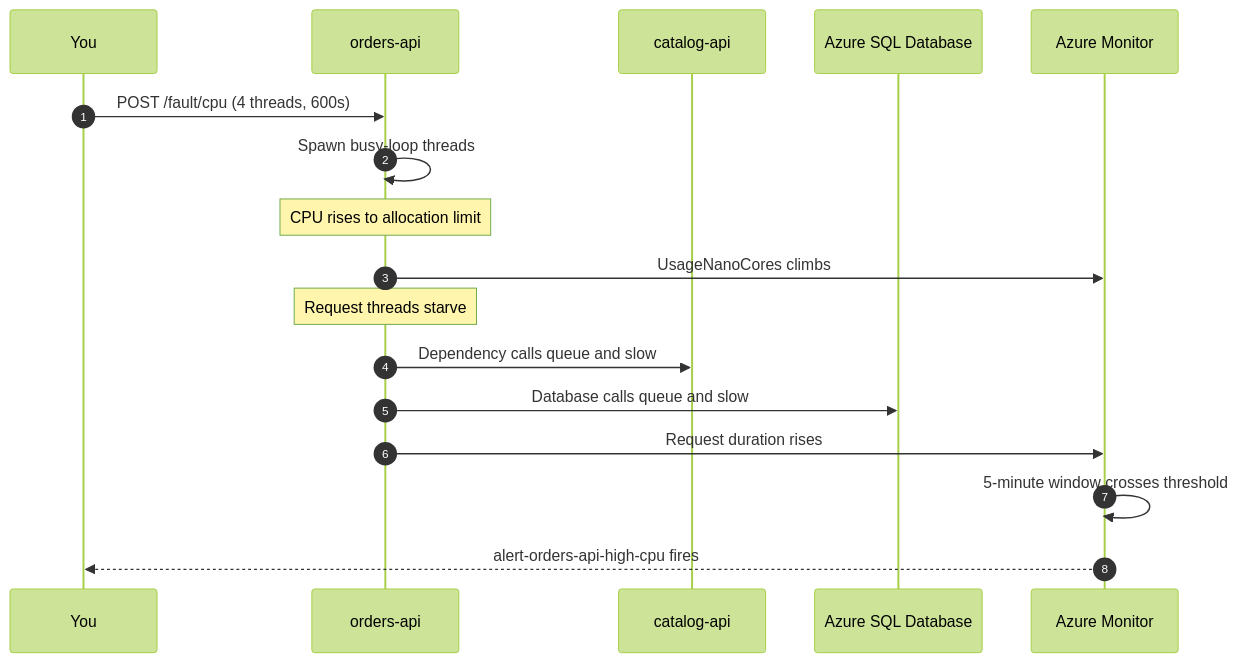
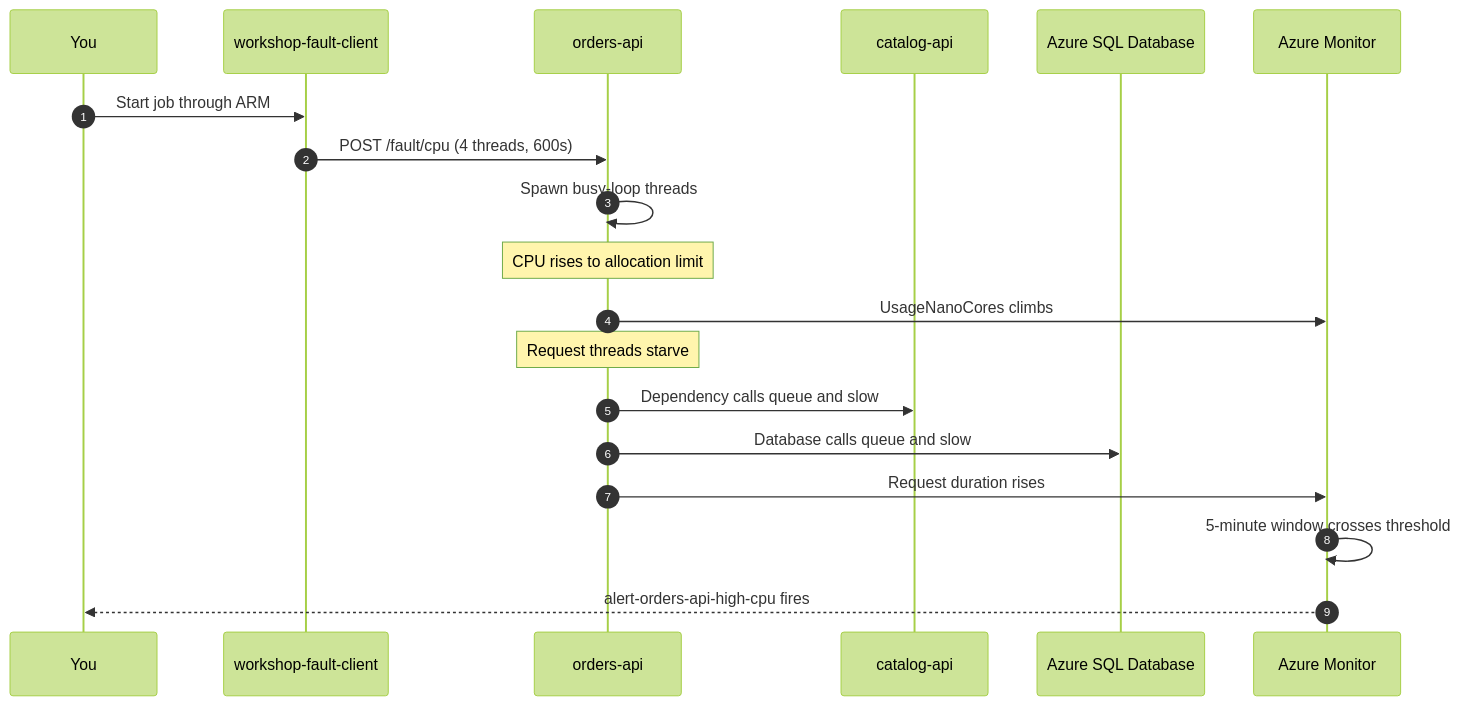
One commit to charliekw411/sre-agent-workshop changed the diagram in docs/sre/06-incident-high-cpu/index.md. Above: the diagram before and after it, drawn with Mermaid (forest theme). The commit also changed other lines of this file and 29 other files, not shown here.

````diff
--- a/docs/sre/06-incident-high-cpu/index.md
+++ b/docs/sre/06-incident-high-cpu/index.md
@@ -37,20 +39,22 @@
 ```mermaid
 sequenceDiagram
     autonumber
     participant You
+    participant F as workshop-fault-client
     participant O as orders-api
     participant K as catalog-api
     participant D as Azure SQL Database
     participant M as Azure Monitor
 
-    You->>O: POST /fault/cpu (4 threads, 600s)
+    You->>F: Start job through ARM
+    F->>O: POST /fault/cpu (4 threads, 600s)
     O->>O: Spawn busy-loop threads
     Note over O: CPU rises to allocation limit
     O->>M: UsageNanoCores climbs
     Note over O: Request threads starve
     O->>K: Dependency calls queue and slow
     O->>D: Database calls queue and slow
     O->>M: Request duration rises
     M->>M: 5-minute window crosses threshold
     M-->>You: alert-orders-api-high-cpu fires
 ```
````
